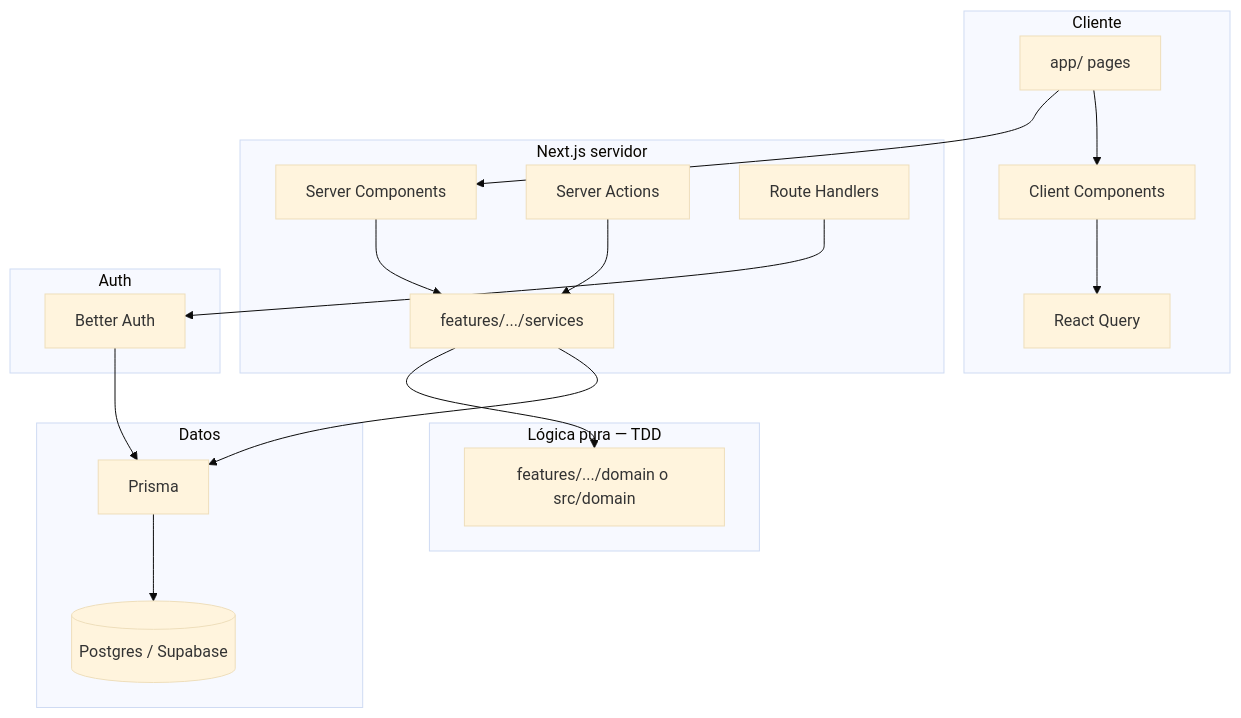
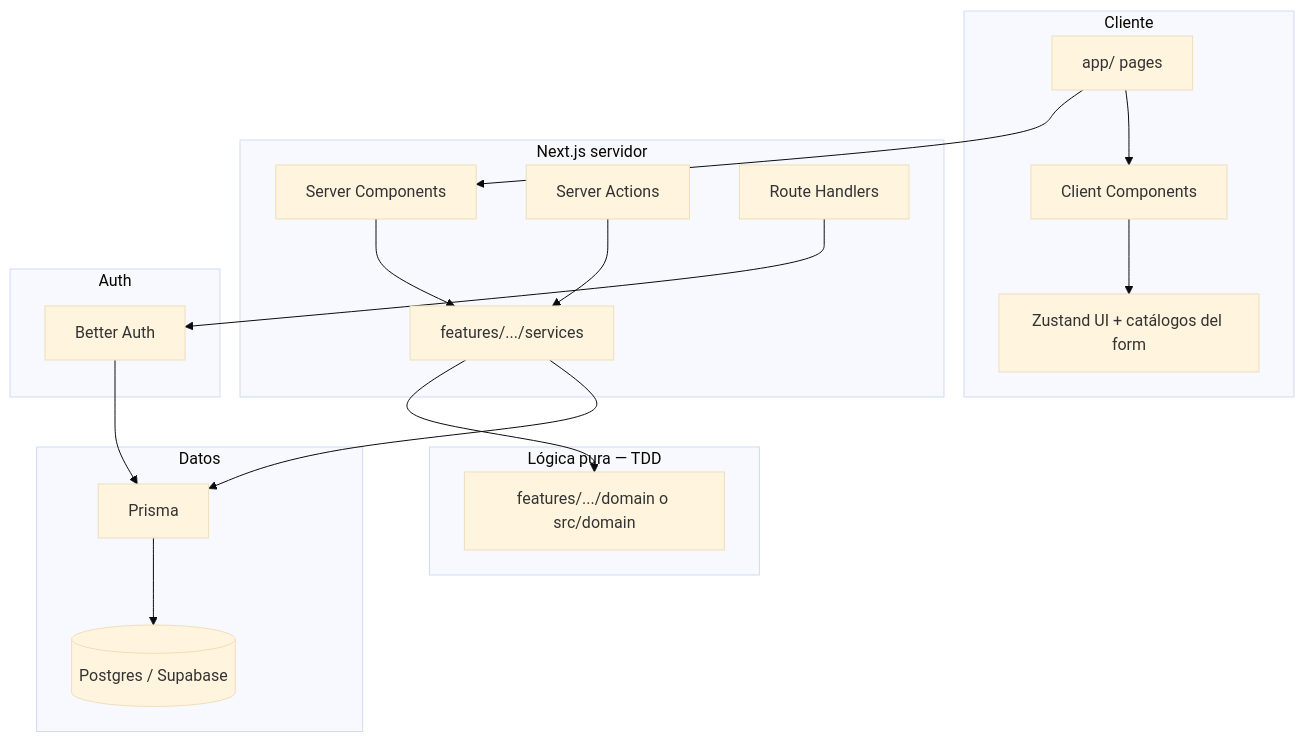
One commit to krivoox/finance-hub changed the diagram in docs/architecture.md. Above: the diagram before and after it, drawn with Mermaid (base theme). The commit also changed other lines of this file and 16 other files, not shown here.

````diff
--- a/docs/architecture.md
+++ b/docs/architecture.md
@@ -41,34 +41,34 @@
 ```mermaid
 flowchart TB
   subgraph client [Cliente]
     Pages[app/ pages]
     CC[Client Components]
-    RQ[React Query]
+    Z[Zustand UI + catálogos del form]
   end
   subgraph server [Next.js servidor]
     RSC[Server Components]
     SA[Server Actions]
     RH[Route Handlers]
     SVC[features/.../services]
   end
   subgraph pure [Lógica pura — TDD]
     DOM[features/.../domain o src/domain]
   end
   subgraph data [Datos]
     Prisma[Prisma]
     PG[(Postgres / Supabase)]
   end
   subgraph auth_layer [Auth]
     BA[Better Auth]
   end
   Pages --> RSC
   Pages --> CC
-  CC --> RQ
+  CC --> Z
   RSC --> SVC
   SA --> SVC
   SVC --> DOM
   SVC --> Prisma
   RH --> BA
   Prisma --> PG
   BA --> Prisma
 ```
````
